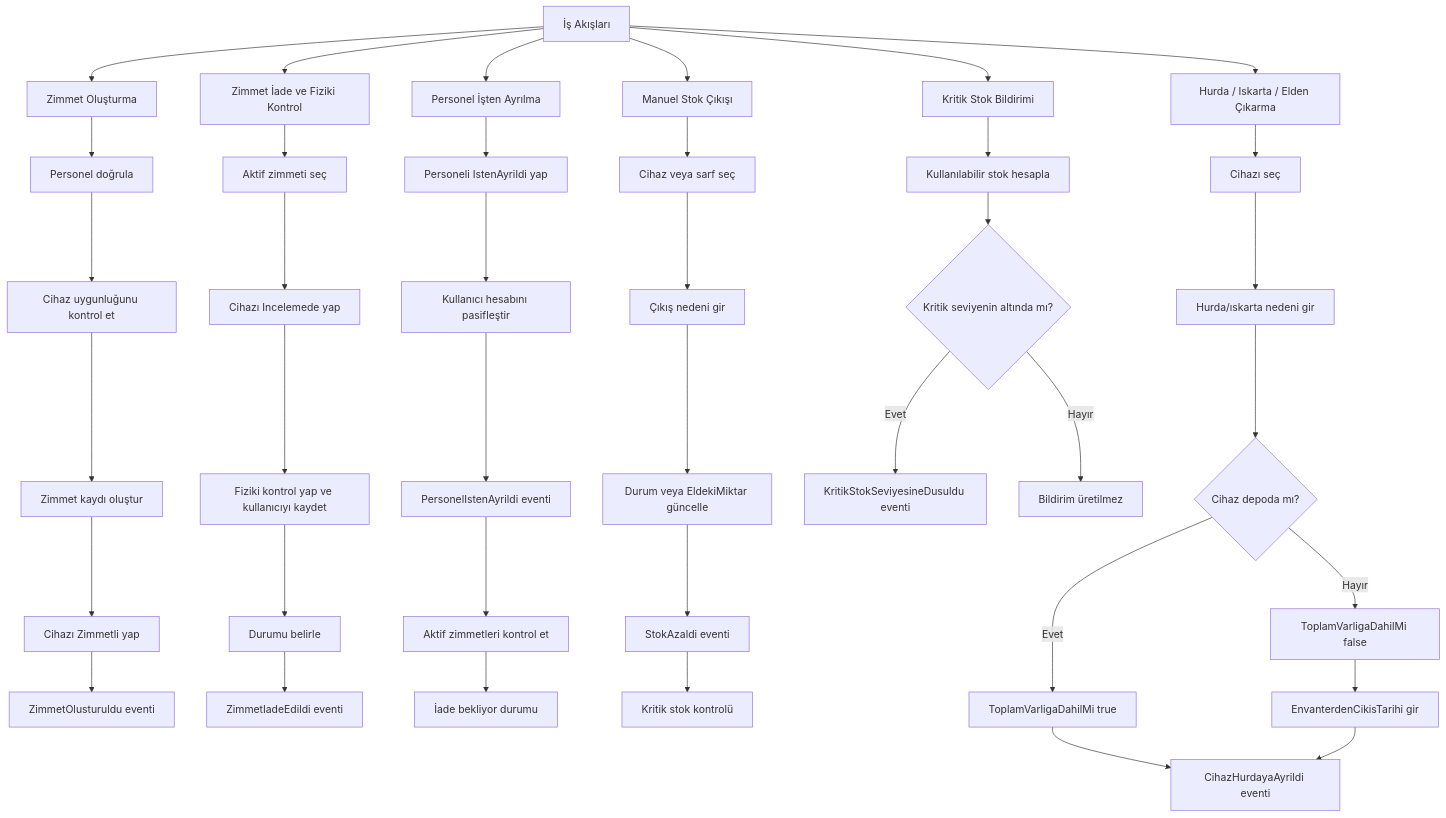
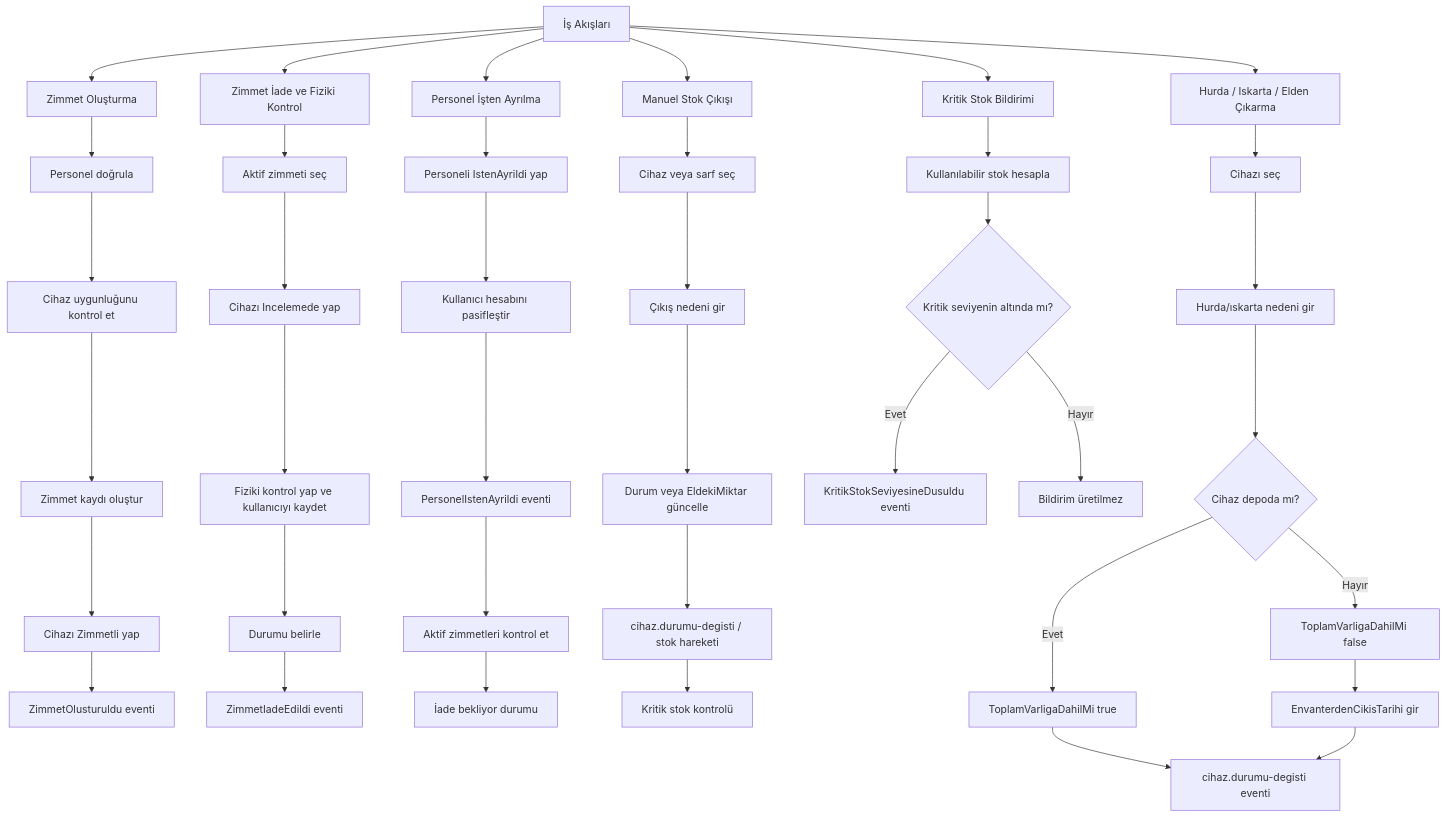
Before and after one commit to fatihdmrc/ITEnvanterTakibiMikroservisProjesi: the diagram in dokümanlar/diyagram kodları/İş Akışları/is-akislari-genel.mmd, drawn with Mermaid. The commit also changed 80 other files, not shown here.

```diff
--- a/dokümanlar/diyagram kodları/İş Akışları/is-akislari-genel.mmd
+++ b/dokümanlar/diyagram kodları/İş Akışları/is-akislari-genel.mmd
@@ -1,47 +1,47 @@
 flowchart TB
     Baslangic["İş Akışları"]
 
     Baslangic --> ZimmetOlusturma["Zimmet Oluşturma"]
     Baslangic --> ZimmetIade["Zimmet İade ve Fiziki Kontrol"]
     Baslangic --> PersonelAyrilis["Personel İşten Ayrılma"]
     Baslangic --> StokCikisi["Manuel Stok Çıkışı"]
     Baslangic --> KritikStok["Kritik Stok Bildirimi"]
     Baslangic --> Hurda["Hurda / Iskarta / Elden Çıkarma"]
 
     ZimmetOlusturma --> ZO1["Personel doğrula"]
     ZO1 --> ZO2["Cihaz uygunluğunu kontrol et"]
     ZO2 --> ZO3["Zimmet kaydı oluştur"]
     ZO3 --> ZO4["Cihazı Zimmetli yap"]
     ZO4 --> ZO5["ZimmetOlusturuldu eventi"]
 
     ZimmetIade --> ZI1["Aktif zimmeti seç"]
     ZI1 --> ZI2["Cihazı Incelemede yap"]
     ZI2 --> ZI3["Fiziki kontrol yap ve kullanıcıyı kaydet"]
     ZI3 --> ZI4["Durumu belirle"]
     ZI4 --> ZI5["ZimmetIadeEdildi eventi"]
 
     PersonelAyrilis --> PA1["Personeli IstenAyrildi yap"]
     PA1 --> PA2["Kullanıcı hesabını pasifleştir"]
     PA2 --> PA3["PersonelIstenAyrildi eventi"]
     PA3 --> PA4["Aktif zimmetleri kontrol et"]
     PA4 --> PA5["İade bekliyor durumu"]
 
     StokCikisi --> SC1["Cihaz veya sarf seç"]
     SC1 --> SC2["Çıkış nedeni gir"]
     SC2 --> SC3["Durum veya EldekiMiktar güncelle"]
-    SC3 --> SC4["StokAzaldi eventi"]
+    SC3 --> SC4["cihaz.durumu-degisti / stok hareketi"]
     SC4 --> SC5["Kritik stok kontrolü"]
 
     KritikStok --> KS1["Kullanılabilir stok hesapla"]
     KS1 --> KS2{"Kritik seviyenin altında mı?"}
     KS2 -- "Evet" --> KS3["KritikStokSeviyesineDusuldu eventi"]
     KS2 -- "Hayır" --> KS4["Bildirim üretilmez"]
 
     Hurda --> H1["Cihazı seç"]
     H1 --> H2["Hurda/ıskarta nedeni gir"]
     H2 --> H3{"Cihaz depoda mı?"}
     H3 -- "Evet" --> H4["ToplamVarligaDahilMi true"]
     H3 -- "Hayır" --> H5["ToplamVarligaDahilMi false"]
     H5 --> H6["EnvanterdenCikisTarihi gir"]
-    H4 --> H7["CihazHurdayaAyrildi eventi"]
+    H4 --> H7["cihaz.durumu-degisti eventi"]
     H6 --> H7
```
